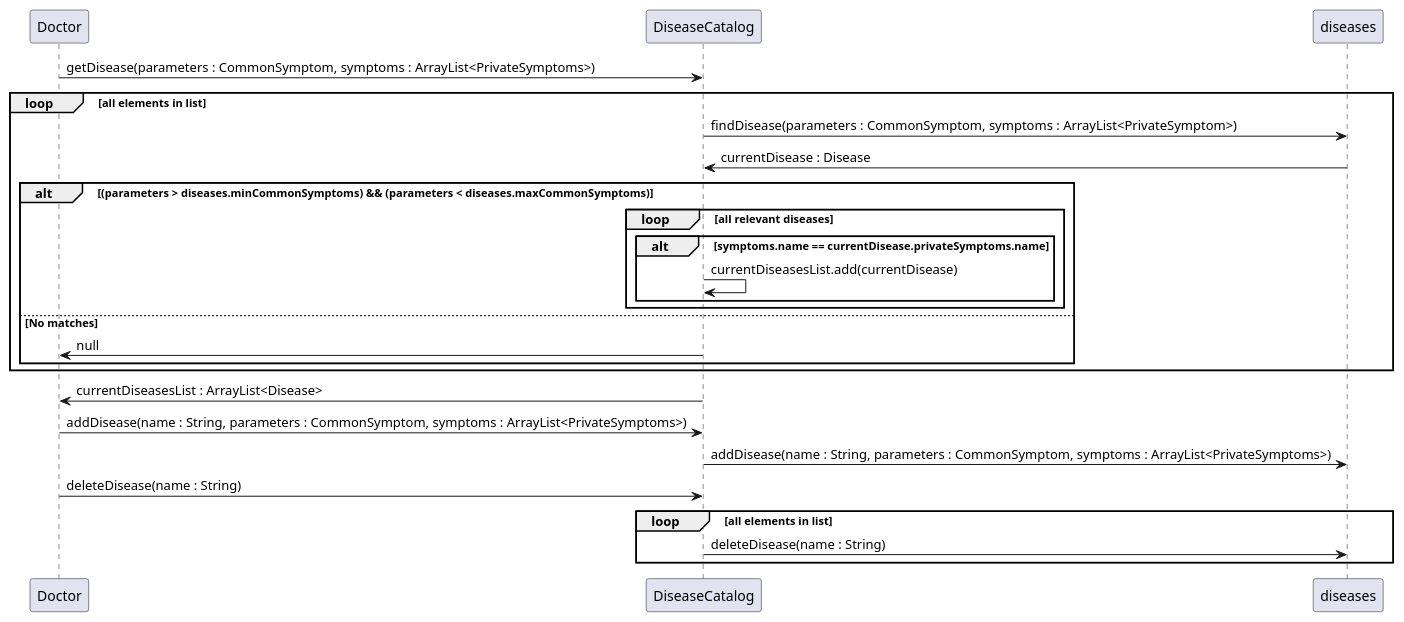
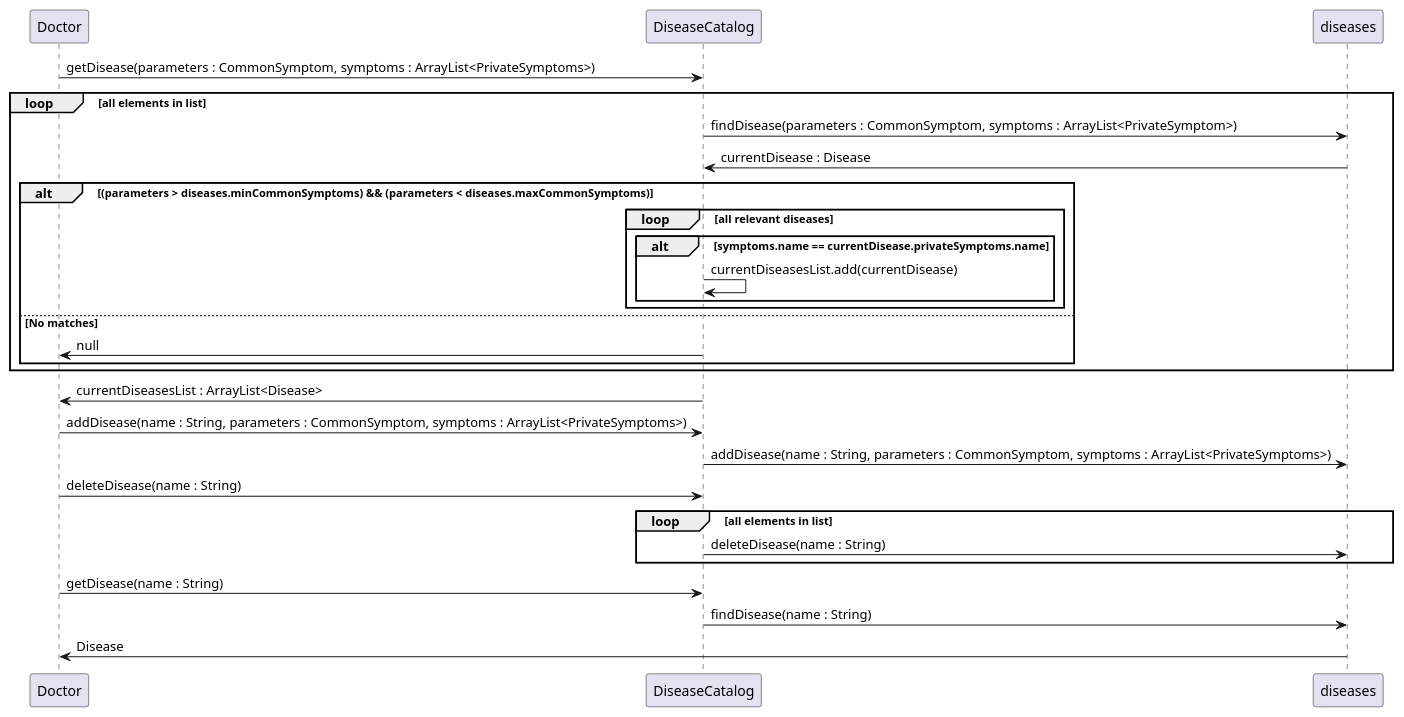
The diagram in CatalogSequences.puml (Dartya/UMLLab), drawn with PlantUML before and after one commit. The commit also changed 3 other files, not shown here.

```diff
--- a/CatalogSequences.puml
+++ b/CatalogSequences.puml
@@ -1,29 +1,31 @@
 @startuml
 
 Doctor -> DiseaseCatalog : getDisease(parameters : CommonSymptom, symptoms : ArrayList<PrivateSymptoms>)
 loop all elements in list
     DiseaseCatalog -> diseases : findDisease(parameters : CommonSymptom, symptoms : ArrayList<PrivateSymptom>)
     diseases -> DiseaseCatalog : currentDisease : Disease
     alt (parameters > diseases.minCommonSymptoms) && (parameters < diseases.maxCommonSymptoms)
        loop all relevant diseases
             alt symptoms.name == currentDisease.privateSymptoms.name
                 DiseaseCatalog -> DiseaseCatalog : currentDiseasesList.add(currentDisease)
             end
        end
        else No matches
             DiseaseCatalog -> Doctor : null
     end
 end
 DiseaseCatalog -> Doctor : currentDiseasesList : ArrayList<Disease>
 
 Doctor -> DiseaseCatalog : addDisease(name : String, parameters : CommonSymptom, symptoms : ArrayList<PrivateSymptoms>)
 DiseaseCatalog -> diseases : addDisease(name : String, parameters : CommonSymptom, symptoms : ArrayList<PrivateSymptoms>)
 
 Doctor -> DiseaseCatalog : deleteDisease(name : String)
 loop all elements in list
     DiseaseCatalog -> diseases : deleteDisease(name : String)
-
 end
 
+Doctor -> DiseaseCatalog : getDisease(name : String)
+DiseaseCatalog -> diseases : findDisease(name : String)
+diseases -> Doctor : Disease
 
 @enduml
```
